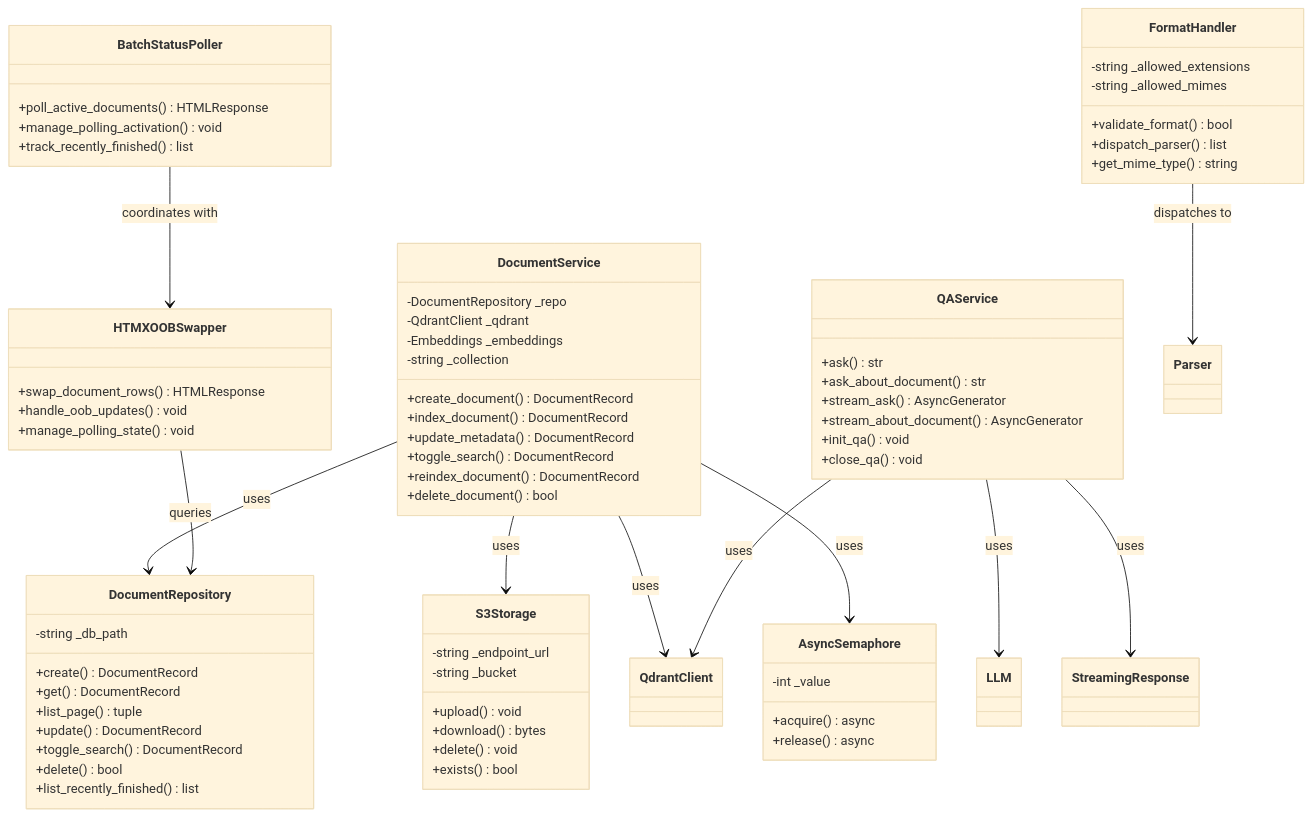
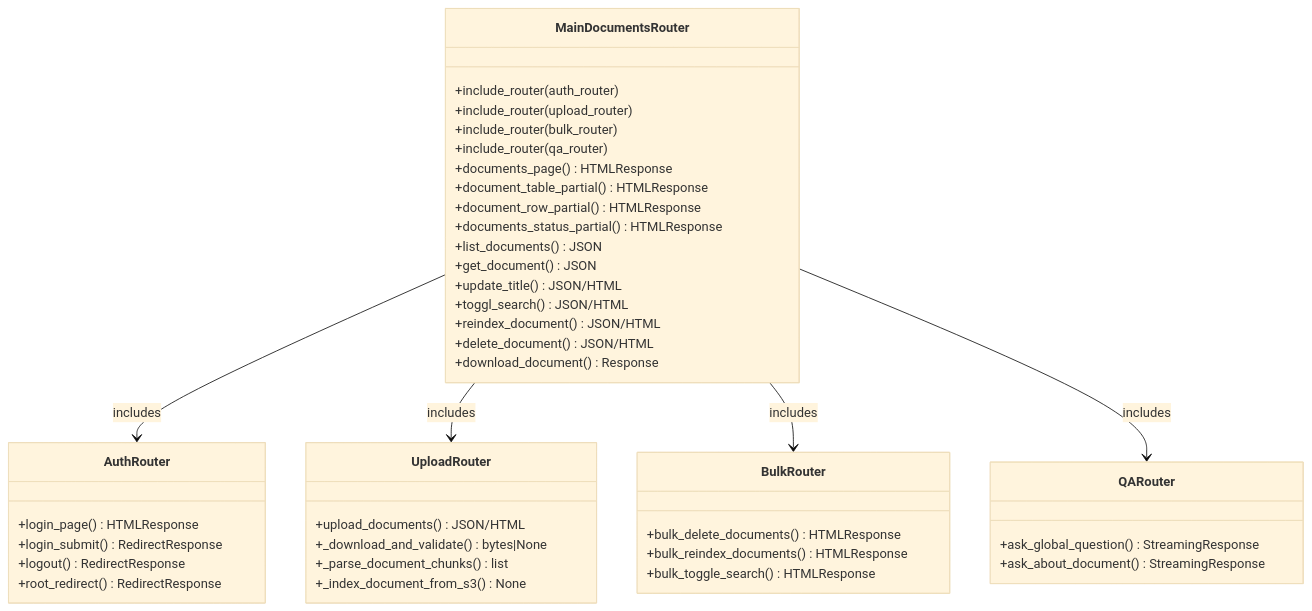
The third of 26 diagrams in .qoder/repowiki/en/content/Document Management System.md (ognelis/cafetera_hr_bot), drawn with Mermaid (base theme) before and after one commit. The commit also changed other lines of this file and 12 other files, not shown here.

````diff
--- a/.qoder/repowiki/en/content/Document Management System.md
+++ b/.qoder/repowiki/en/content/Document Management System.md
@@ -278,73 +294,45 @@
 ```mermaid
 classDiagram
-class DocumentService {
--DocumentRepository _repo
--QdrantClient _qdrant
--Embeddings _embeddings
--string _collection
-+create_document() DocumentRecord
-+index_document() DocumentRecord
-+update_metadata() DocumentRecord
-+toggle_search() DocumentRecord
-+reindex_document() DocumentRecord
-+delete_document() bool
+class MainDocumentsRouter {
++include_router(auth_router)
++include_router(upload_router)
++include_router(bulk_router)
++include_router(qa_router)
++documents_page() HTMLResponse
++document_table_partial() HTMLResponse
++document_row_partial() HTMLResponse
++documents_status_partial() HTMLResponse
++list_documents() JSON
++get_document() JSON
++update_title() JSON/HTML
++toggl_search() JSON/HTML
++reindex_document() JSON/HTML
++delete_document() JSON/HTML
++download_document() Response
 }
-class DocumentRepository {
--string _db_path
-+create() DocumentRecord
-+get() DocumentRecord
-+list_page() tuple
-+update() DocumentRecord
-+toggle_search() DocumentRecord
-+delete() bool
-+list_recently_finished() list
+class AuthRouter {
++login_page() HTMLResponse
++login_submit() RedirectResponse
++logout() RedirectResponse
++root_redirect() RedirectResponse
 }
-class S3Storage {
--string _endpoint_url
--string _bucket
-+upload() void
-+download() bytes
-+delete() void
-+exists() bool
+class UploadRouter {
++upload_documents() JSON/HTML
++_download_and_validate() bytes|None
++_parse_document_chunks() list
++_index_document_from_s3() None
 }
-class FormatHandler {
--string _allowed_extensions
--string _allowed_mimes
-+validate_format() bool
-+dispatch_parser() list
-+get_mime_type() string
+class BulkRouter {
++bulk_delete_documents() HTMLResponse
++bulk_reindex_documents() HTMLResponse
++bulk_toggle_search() HTMLResponse
 }
-class AsyncSemaphore {
--int _value
-+acquire() async
-+release() async
+class QARouter {
++ask_global_question() StreamingResponse
++ask_about_document() StreamingResponse
 }
-class QAService {
-+ask() str
-+ask_about_document() str
-+stream_ask() AsyncGenerator
-+stream_about_document() AsyncGenerator
-+init_qa() void
-+close_qa() void
-}
-class BatchStatusPoller {
-+poll_active_documents() HTMLResponse
-+manage_polling_activation() void
-+track_recently_finished() list
-}
-class HTMXOOBSwapper {
-+swap_document_rows() HTMLResponse
-+handle_oob_updates() void
-+manage_polling_state() void
-}
-DocumentService --> DocumentRepository : uses
-DocumentService --> S3Storage : uses
-DocumentService --> QdrantClient : uses
-DocumentService --> AsyncSemaphore : uses
-FormatHandler --> Parser : dispatches to
-QAService --> QdrantClient : uses
-QAService --> LLM : uses
-QAService --> StreamingResponse : uses
-BatchStatusPoller --> HTMXOOBSwapper : coordinates with
-HTMXOOBSwapper --> DocumentRepository : queries
+MainDocumentsRouter --> AuthRouter : includes
+MainDocumentsRouter --> UploadRouter : includes
+MainDocumentsRouter --> BulkRouter : includes
+MainDocumentsRouter --> QARouter : includes
 ```
````
